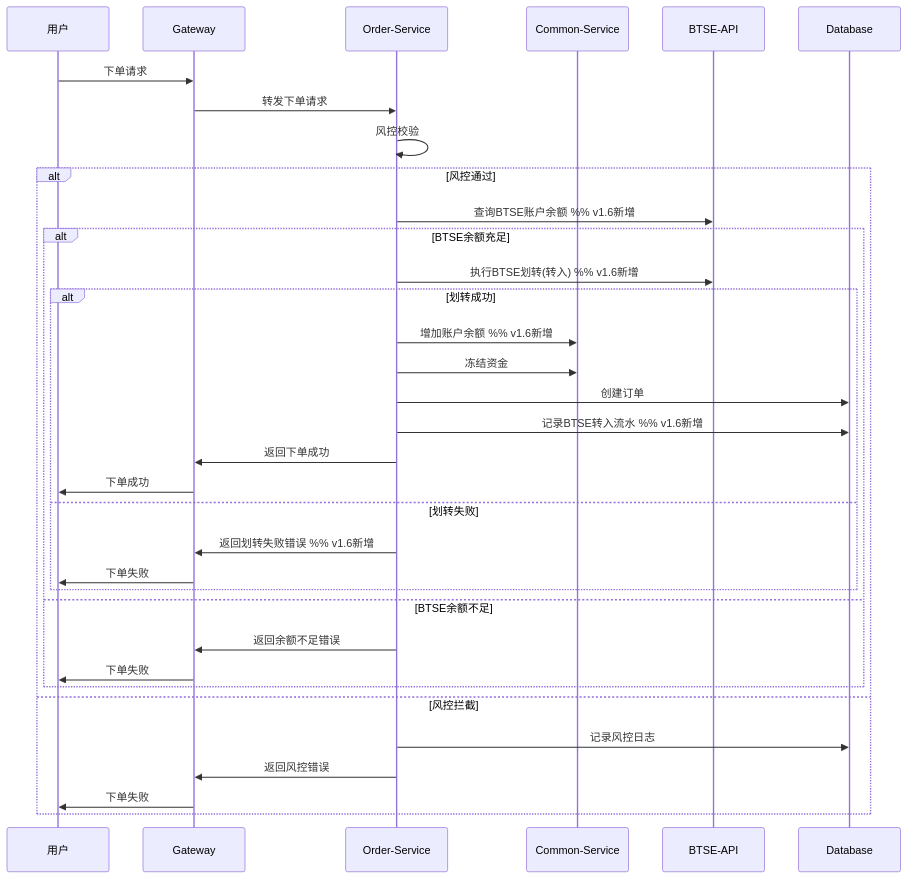
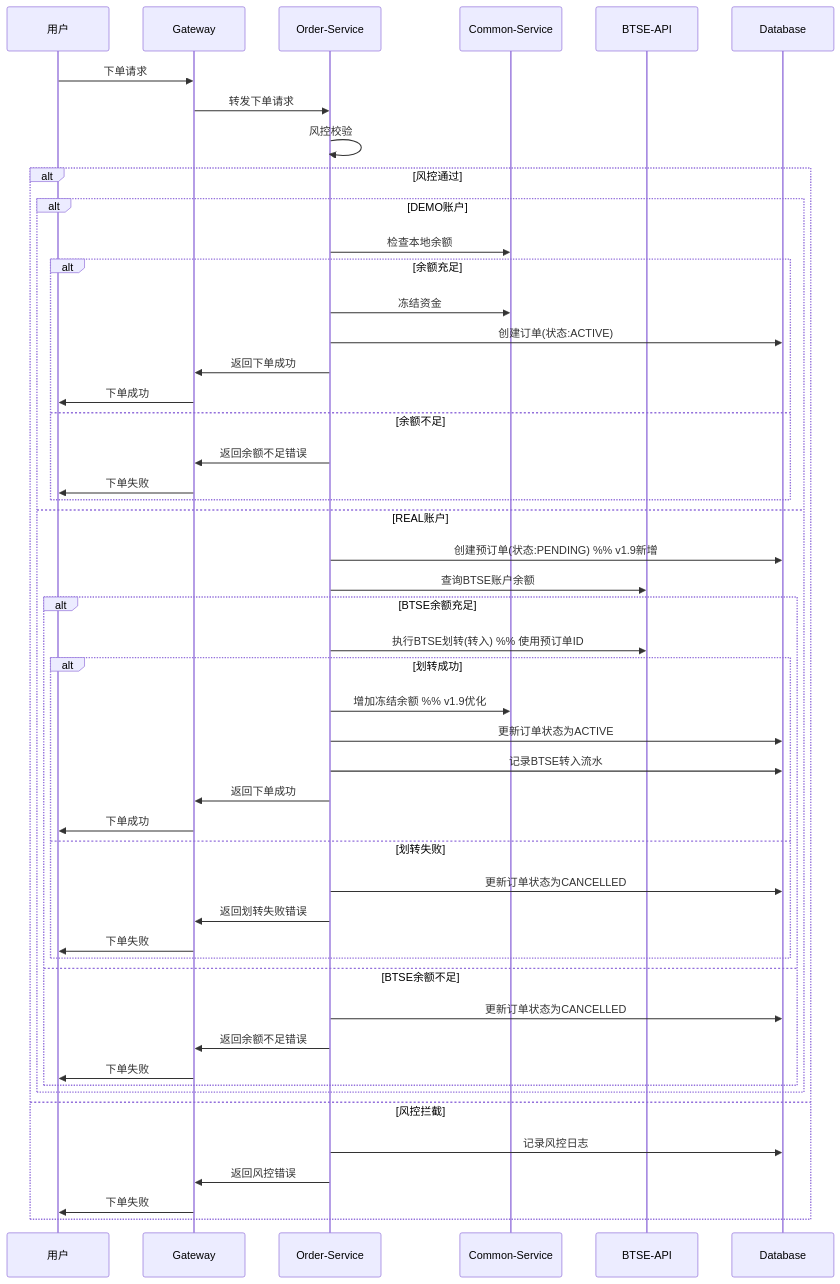
One commit to barry428/BinaryOptionDocs changed the second of 8 diagrams in 2. 设计类/207_05_业务流程设计.md. Above: the diagram before and after it, drawn with Mermaid. The commit also changed other lines of this file and 5 other files, not shown here.

````diff
--- a/2. 设计类/207_05_业务流程设计.md
+++ b/2. 设计类/207_05_业务流程设计.md
@@ -70,37 +70,52 @@
 ```mermaid
 sequenceDiagram
     participant U as 用户
     participant G as Gateway
     participant O as Order-Service
     participant C as Common-Service
     participant B as BTSE-API
     participant DB as Database
 
     U->>G: 下单请求
     G->>O: 转发下单请求
     O->>O: 风控校验
     alt 风控通过
-        O->>B: 查询BTSE账户余额  %% v1.6新增
-        alt BTSE余额充足
-            O->>B: 执行BTSE划转(转入)  %% v1.6新增
-            alt 划转成功
-                O->>C: 增加账户余额  %% v1.6新增
+        alt DEMO账户
+            O->>C: 检查本地余额
+            alt 余额充足
                 O->>C: 冻结资金
-                O->>DB: 创建订单
-                O->>DB: 记录BTSE转入流水  %% v1.6新增
+                O->>DB: 创建订单(状态:ACTIVE)
                 O->>G: 返回下单成功
                 G->>U: 下单成功
-            else 划转失败
-                O->>G: 返回划转失败错误  %% v1.6新增
+            else 余额不足
+                O->>G: 返回余额不足错误
                 G->>U: 下单失败
             end
-        else BTSE余额不足
-            O->>G: 返回余额不足错误
-            G->>U: 下单失败
+        else REAL账户
+            O->>DB: 创建预订单(状态:PENDING)  %% v1.9新增
+            O->>B: 查询BTSE账户余额
+            alt BTSE余额充足
+                O->>B: 执行BTSE划转(转入)  %% 使用预订单ID
+                alt 划转成功
+                    O->>C: 增加冻结余额  %% v1.9优化
+                    O->>DB: 更新订单状态为ACTIVE
+                    O->>DB: 记录BTSE转入流水
+                    O->>G: 返回下单成功
+                    G->>U: 下单成功
+                else 划转失败
+                    O->>DB: 更新订单状态为CANCELLED
+                    O->>G: 返回划转失败错误
+                    G->>U: 下单失败
+                end
+            else BTSE余额不足
+                O->>DB: 更新订单状态为CANCELLED
+                O->>G: 返回余额不足错误
+                G->>U: 下单失败
+            end
         end
     else 风控拦截
         O->>DB: 记录风控日志
         O->>G: 返回风控错误
         G->>U: 下单失败
     end
 ```
````
